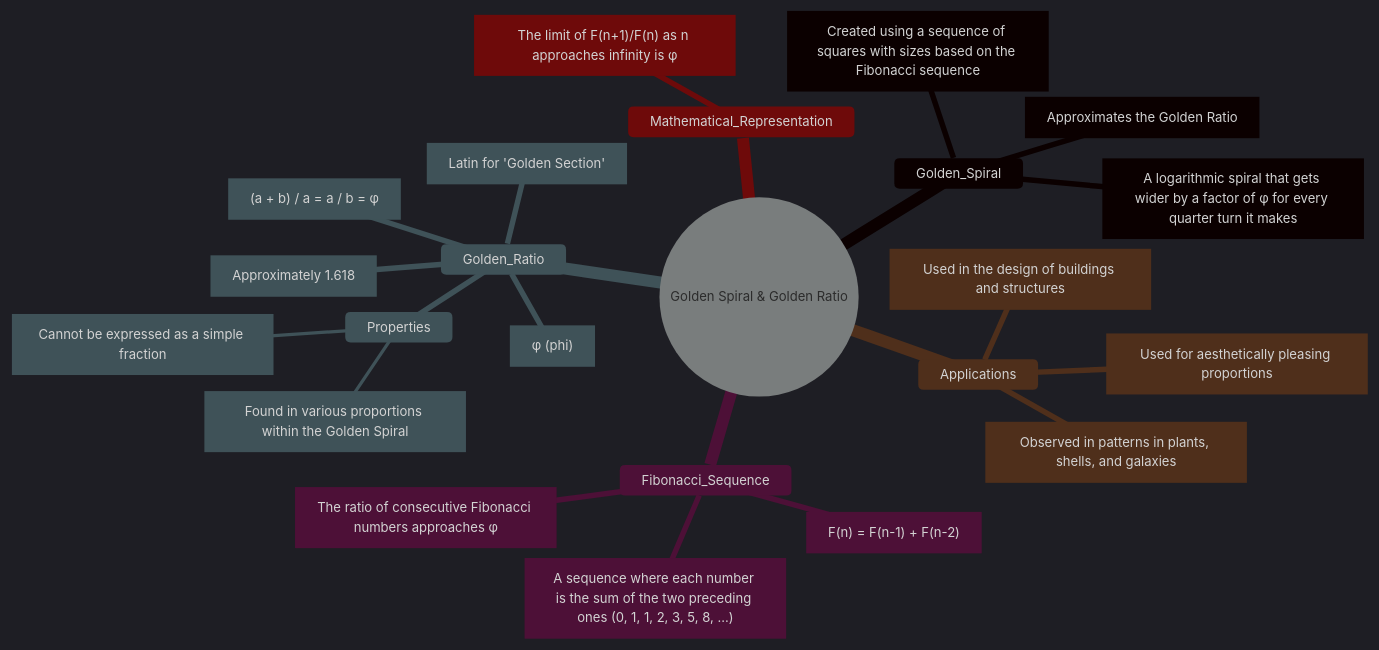
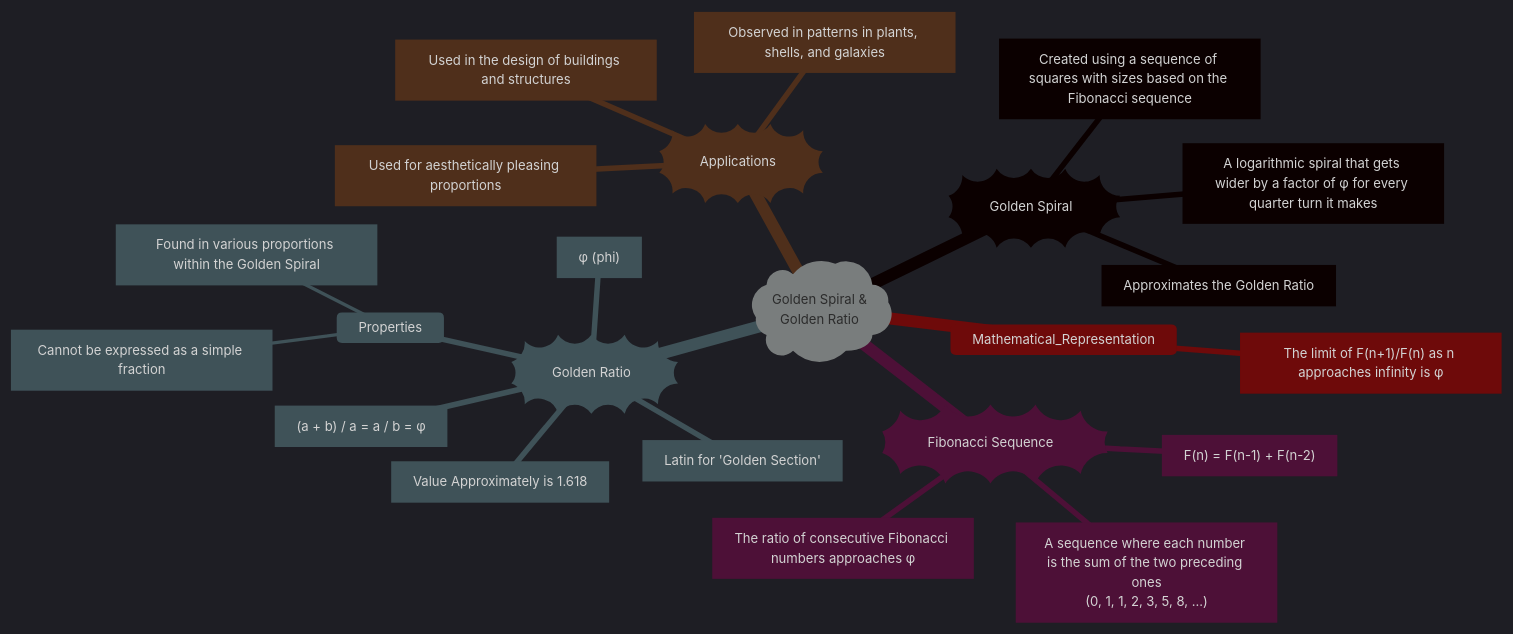
Before and after one commit to CongLeSolutionX/AlgoVerse: the fifth of 5 diagrams in Patterns_Bridging_Math_ComputerScience_Nature_and_Beyond/Golden_Spiral.md, drawn with Mermaid.

````diff
--- a/Patterns_Bridging_Math_ComputerScience_Nature_and_Beyond/Golden_Spiral.md
+++ b/Patterns_Bridging_Math_ComputerScience_Nature_and_Beyond/Golden_Spiral.md
@@ -377,46 +377,46 @@
 ```mermaid
 ---
 title: "Golden Spiral - Key Terms and Concepts"
 author: "Cong Le"
 version: "1.0"
 license(s): "MIT, CC BY 4.0"
 copyright: "Copyright (c) 2025 Cong Le. All Rights Reserved."
 config:
   theme: dark
 ---
 %%%%%%%% Mermaid version v11.4.1-b.14
 %%{
   init: {
     'mindmap': { 'htmlLabels': false },
     'themeVariables': {
       'fontSize': '12px',
       'fontFamily': 'Fantasy'
     }
   }
 }%%
 mindmap
-      root((Golden Spiral & Golden Ratio))
-        Golden_Spiral
-          Definition[A logarithmic spiral that gets wider by a factor of φ for every quarter turn it makes]
-          Construction[Created using a sequence of squares with sizes based on the Fibonacci sequence]
-          Approximation[Approximates the Golden Ratio]
-        Fibonacci_Sequence
-          Definition["A sequence where each number is the sum of the two preceding ones (0, 1, 1, 2, 3, 5, 8, ...)"]
+      root)"Golden Spiral &<br/> Golden Ratio"(
+        Golden_Spiral))"Golden Spiral"((
+          Definition["A logarithmic spiral that gets wider by a factor of φ for every quarter turn it makes"]
+          Construction["Created using a sequence of squares with sizes based on the Fibonacci sequence"]
+          Approximation["Approximates the Golden Ratio"]
+        Fibonacci_Sequence))"Fibonacci Sequence"((
+          Definition["A sequence where each number is the sum of the two preceding ones<br/>(0, 1, 1, 2, 3, 5, 8, ...)"]
           Formula["F(n) = F(n-1) + F(n-2)"]
-          Relation_to_Golden_Ratio[The ratio of consecutive Fibonacci numbers approaches φ]
-        Golden_Ratio
+          Relation_to_Golden_Ratio["The ratio of consecutive Fibonacci numbers approaches φ"]
+        Golden_Ratio))"Golden Ratio"((
           Symbol["φ (phi)"]
-          Value[Approximately 1.618]
+          Value["Value Approximately is 1.618"]
           Mathematical_Definition["(a + b) / a = a / b = φ"]
           Sectio_Aurea["Latin for 'Golden Section'"]
           Properties
-            Irrational_Number[Cannot be expressed as a simple fraction]
-            Self_Similar[Found in various proportions within the Golden Spiral]
-        Applications
-          Art_and_Design[Used for aesthetically pleasing proportions]
-          Nature[Observed in patterns in plants, shells, and galaxies]
-          Architecture[Used in the design of buildings and structures]
+            Irrational_Number["Cannot be expressed as a simple fraction"]
+            Self_Similar["Found in various proportions within the Golden Spiral"]
+        Applications))"Applications"((
+          Art_and_Design["Used for aesthetically pleasing proportions"]
+          Nature["Observed in patterns in plants, shells, and galaxies"]
+          Architecture["Used in the design of buildings and structures"]
         Mathematical_Representation
 	        Limit_of_Fibonacci_Ratio["The limit of F(n+1)/F(n) as n approaches infinity is φ"]
 	        
 ```
````
